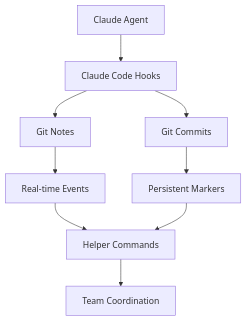
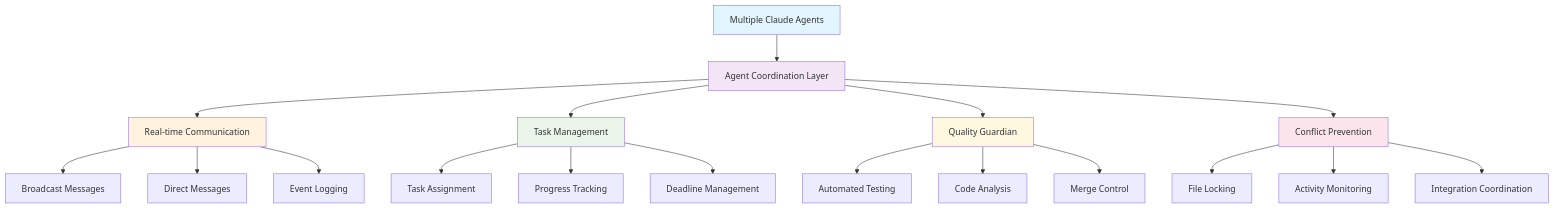
One commit to victorywys/agent-collab-management changed the diagram in README.md. Above: the diagram before and after it, drawn with Mermaid. The commit also changed other lines of this file and 17 other files, not shown here.

First line of the commit message:
feat: add comprehensive documentation suite and advanced agent coordination features

````diff
--- a/README.md
+++ b/README.md
@@ -96,11 +44,31 @@
 ```mermaid
-graph TD
-    A[Claude Agent] --> B[Claude Code Hooks]
-    B --> C[Git Notes]
-    B --> D[Git Commits]
-    C --> E[Real-time Events]
-    D --> F[Persistent Markers]
-    E --> G[Helper Commands]
-    F --> G
-    G --> H[Team Coordination]
+graph TB
+    A[Multiple Claude Agents] --> B[Agent Coordination Layer]
+    B --> C[Real-time Communication]
+    B --> D[Task Management]
+    B --> E[Quality Guardian]
+    B --> F[Conflict Prevention]
+
+    C --> G[Broadcast Messages]
+    C --> H[Direct Messages]
+    C --> I[Event Logging]
+
+    D --> J[Task Assignment]
+    D --> K[Progress Tracking]
+    D --> L[Deadline Management]
+
+    E --> M[Automated Testing]
+    E --> N[Code Analysis]
+    E --> O[Merge Control]
+
+    F --> P[File Locking]
+    F --> Q[Activity Monitoring]
+    F --> R[Integration Coordination]
+
+    style A fill:#e1f5fe
+    style B fill:#f3e5f5
+    style C fill:#fff3e0
+    style D fill:#e8f5e8
+    style E fill:#fff8e1
+    style F fill:#fce4ec
 ```
````
